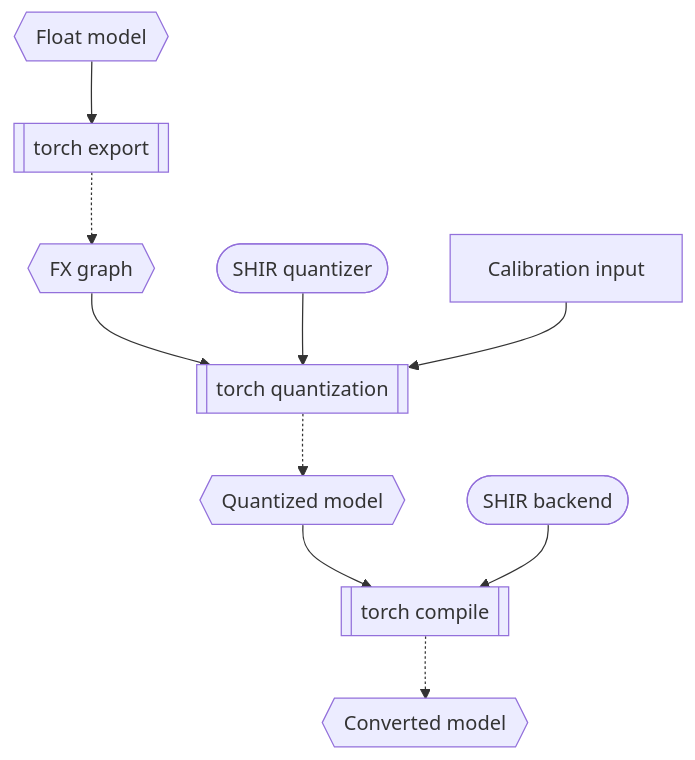
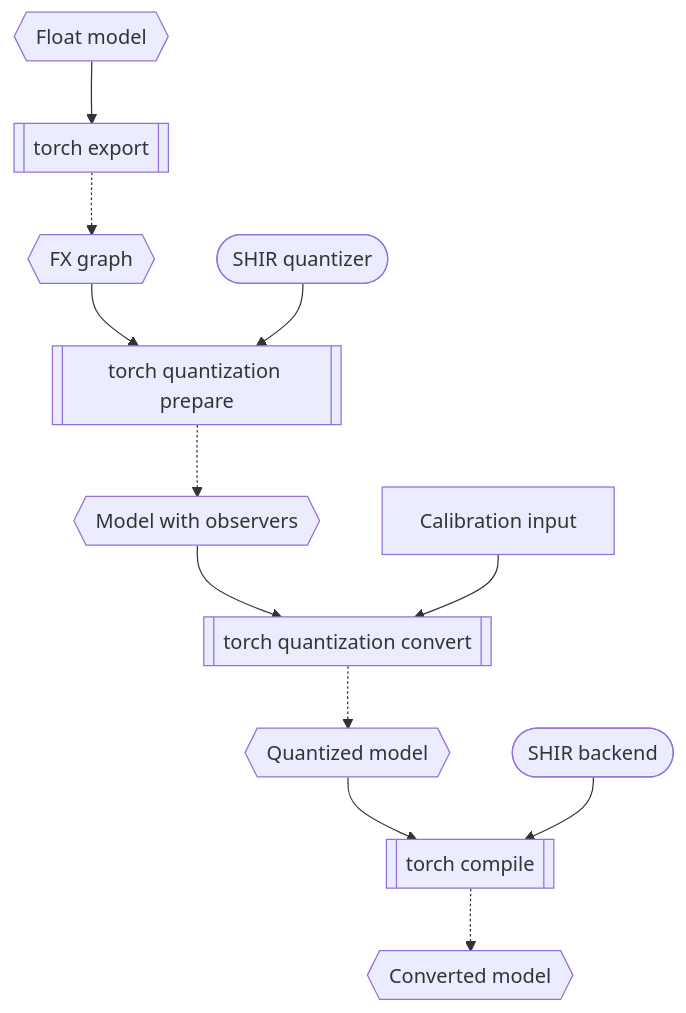
One commit to plankp/pytorch-shir changed the diagram in diagrams/user_facing_flow.mermaid. Above: the diagram before and after it, drawn with Mermaid. The commit also changed 2 other files, not shown here.

Commit message:
Update diagrams to better match the reality

```diff
--- a/diagrams/user_facing_flow.mermaid
+++ b/diagrams/user_facing_flow.mermaid
@@ -1,23 +1,28 @@
 flowchart
   float_model{{Float model}}
   torch_export[[torch export]]
   fx_graph{{FX graph}}
   shir_quantizer([SHIR quantizer])
   calib_input[Calibration input]
-  torch_quant[[torch quantization]]
+  torch_quant_prepare[[torch quantization prepare]]
+  observed_model{{Model with observers}}
+  torch_quant_convert[[torch quantization convert]]
   quant_model{{Quantized model}}
   shir_backend([SHIR backend])
   torch_compile[[torch compile]]
   end_model{{Converted model}}
   
   float_model --> torch_export
   torch_export -.-> fx_graph
   
-  fx_graph --> torch_quant
-  shir_quantizer --> torch_quant
-  calib_input --> torch_quant
-  torch_quant -.-> quant_model
+  fx_graph --> torch_quant_prepare
+  shir_quantizer --> torch_quant_prepare
+  torch_quant_prepare -.-> observed_model
+
+  observed_model --> torch_quant_convert
+  calib_input --> torch_quant_convert
+  torch_quant_convert -.-> quant_model
   
   quant_model --> torch_compile
   shir_backend --> torch_compile
   torch_compile -.-> end_model
```
